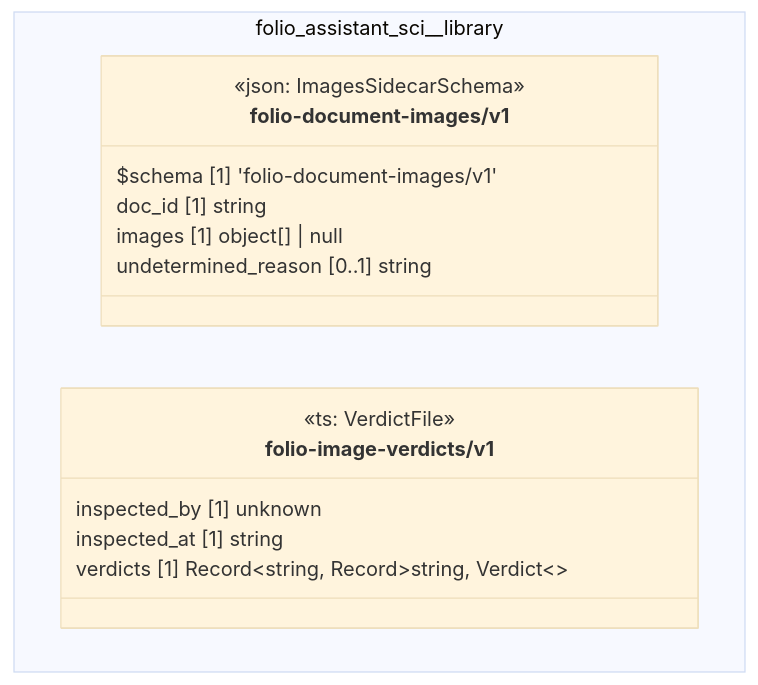
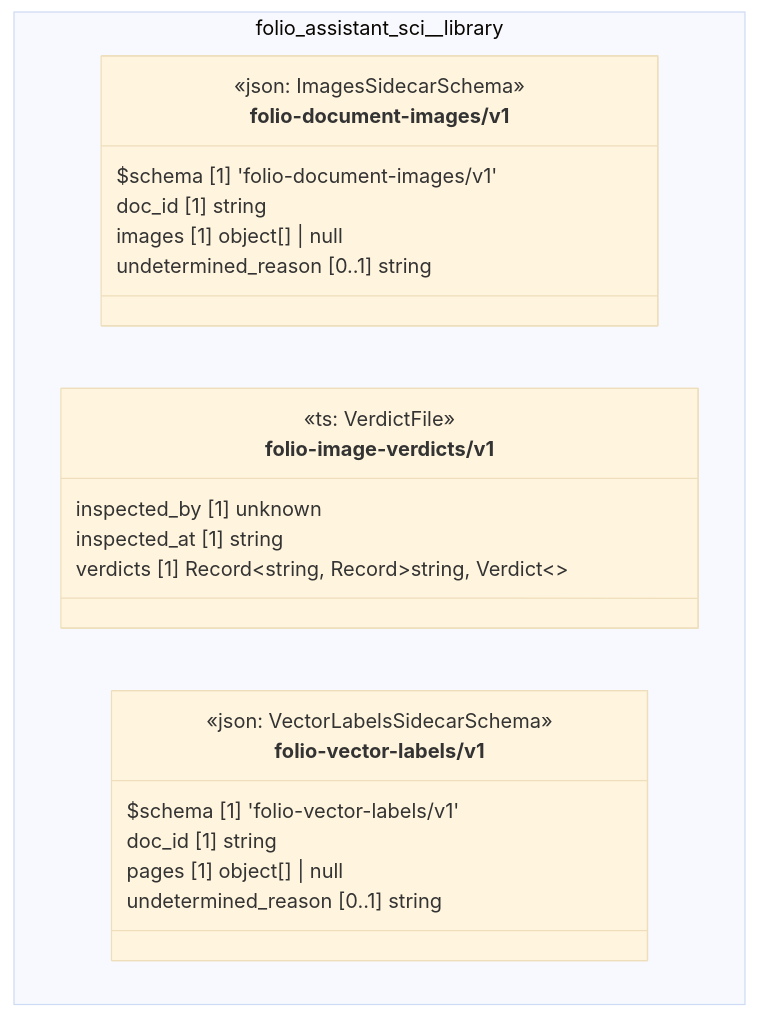
The diagram in cat-harness/uml/overview/folio-assistant-sci/library.mmd (litlfred/folio-assistant), drawn with Mermaid (base theme) before and after one commit. The commit also changed 346 other files, not shown here.

First line of the commit message:
Ingest three Lean-autoformalization papers into folio-assistant-sci

```diff
--- a/cat-harness/uml/overview/folio-assistant-sci/library.mmd
+++ b/cat-harness/uml/overview/folio-assistant-sci/library.mmd
@@ -1,19 +1,27 @@
 classDiagram
   direction TB
   namespace folio_assistant_sci__library {
     class folio_assistant_sci_library_folio_document_images_v1_folio_document_images_v1["folio-document-images/v1"] {
       <<json: ImagesSidecarSchema>>
       $schema [1] 'folio-document-images/v1'
       doc_id [1] string
       images [1] object[] | null
       undetermined_reason [0..1] string
     }
     class folio_assistant_sci_library_folio_image_verdicts_v1["folio-image-verdicts/v1"] {
       <<ts: VerdictFile>>
       inspected_by [1] unknown
       inspected_at [1] string
       verdicts [1] Record~string, Record~string, Verdict~~
     }
+    class folio_assistant_sci_library_folio_vector_labels_v1_folio_vector_labels_v1["folio-vector-labels/v1"] {
+      <<json: VectorLabelsSidecarSchema>>
+      $schema [1] 'folio-vector-labels/v1'
+      doc_id [1] string
+      pages [1] object[] | null
+      undetermined_reason [0..1] string
+    }
   }
   cssClass "folio_assistant_sci_library_folio_document_images_v1_folio_document_images_v1" fa_uml_kind_library
   cssClass "folio_assistant_sci_library_folio_image_verdicts_v1" fa_uml_kind_library
+  cssClass "folio_assistant_sci_library_folio_vector_labels_v1_folio_vector_labels_v1" fa_uml_kind_library
```
